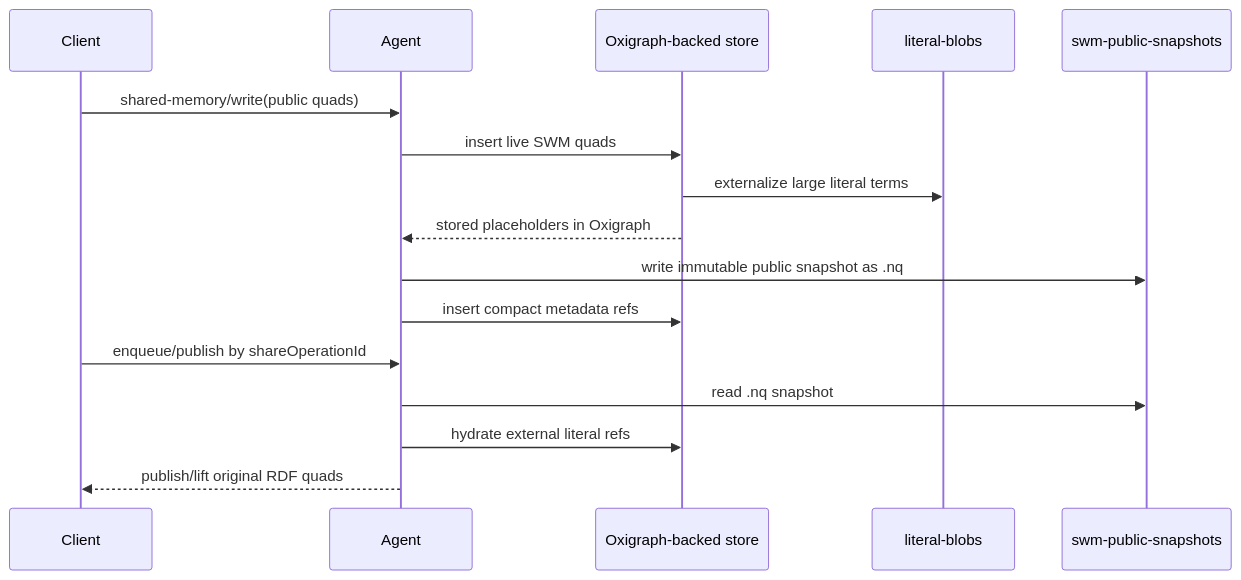
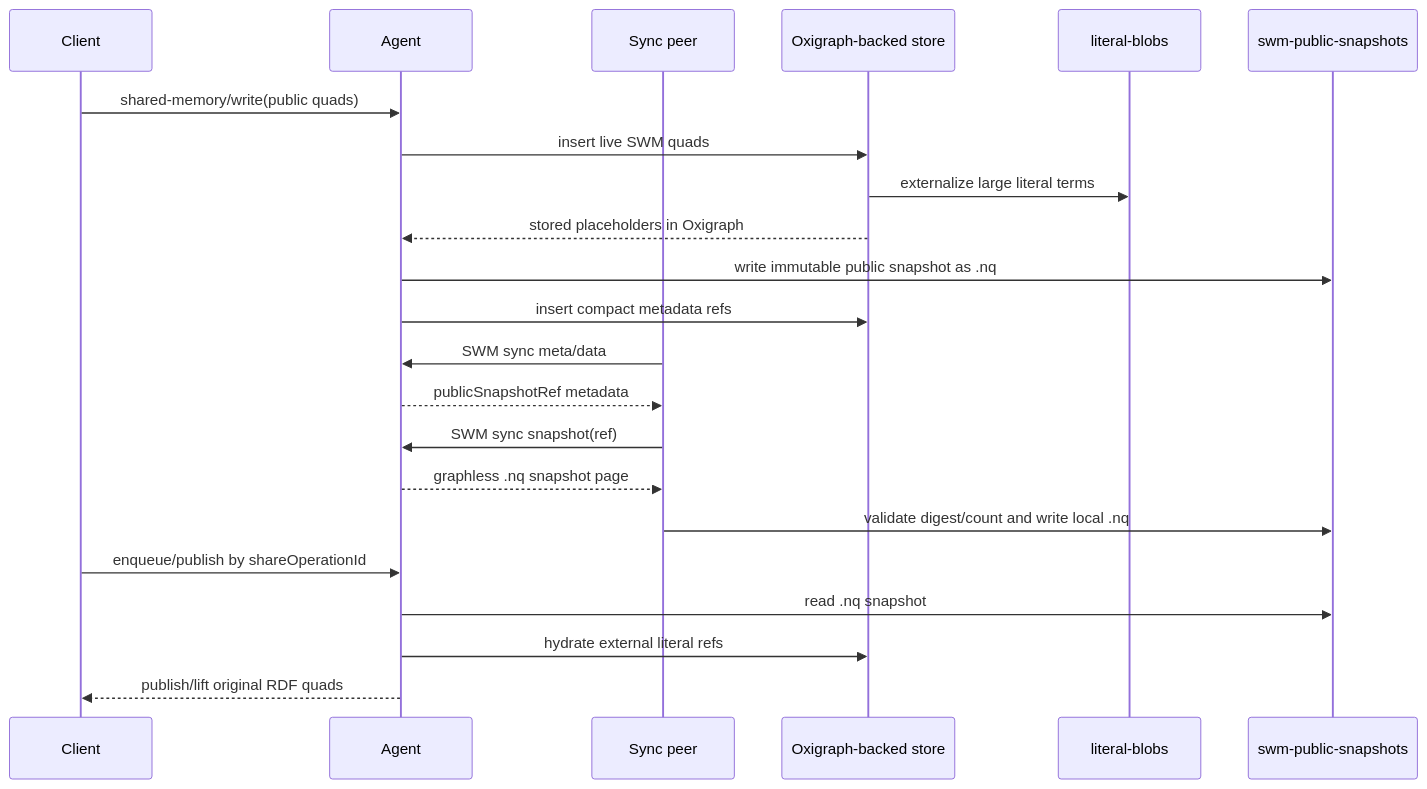
The second of 2 diagrams in docs/SWM_LARGE_LITERAL_STORAGE_PR_DESCRIPTION.md (KilianTrunk/dkg), drawn with Mermaid before and after one commit. The commit also changed other lines of this file and 13 other files, not shown here.

Commit message:
Sync SWM public snapshot blobs

````diff
--- a/docs/SWM_LARGE_LITERAL_STORAGE_PR_DESCRIPTION.md
+++ b/docs/SWM_LARGE_LITERAL_STORAGE_PR_DESCRIPTION.md
@@ -96,19 +108,25 @@
 ```mermaid
 sequenceDiagram
   participant Client
   participant Agent
+  participant Peer as Sync peer
   participant Store as Oxigraph-backed store
   participant Blobs as literal-blobs
   participant Snapshots as swm-public-snapshots
 
   Client->>Agent: shared-memory/write(public quads)
   Agent->>Store: insert live SWM quads
   Store->>Blobs: externalize large literal terms
   Store-->>Agent: stored placeholders in Oxigraph
   Agent->>Snapshots: write immutable public snapshot as .nq
   Agent->>Store: insert compact metadata refs
+  Peer->>Agent: SWM sync meta/data
+  Agent-->>Peer: publicSnapshotRef metadata
+  Peer->>Agent: SWM sync snapshot(ref)
+  Agent-->>Peer: graphless .nq snapshot page
+  Peer->>Snapshots: validate digest/count and write local .nq
   Client->>Agent: enqueue/publish by shareOperationId
   Agent->>Snapshots: read .nq snapshot
   Agent->>Store: hydrate external literal refs
   Agent-->>Client: publish/lift original RDF quads
 ```
````
